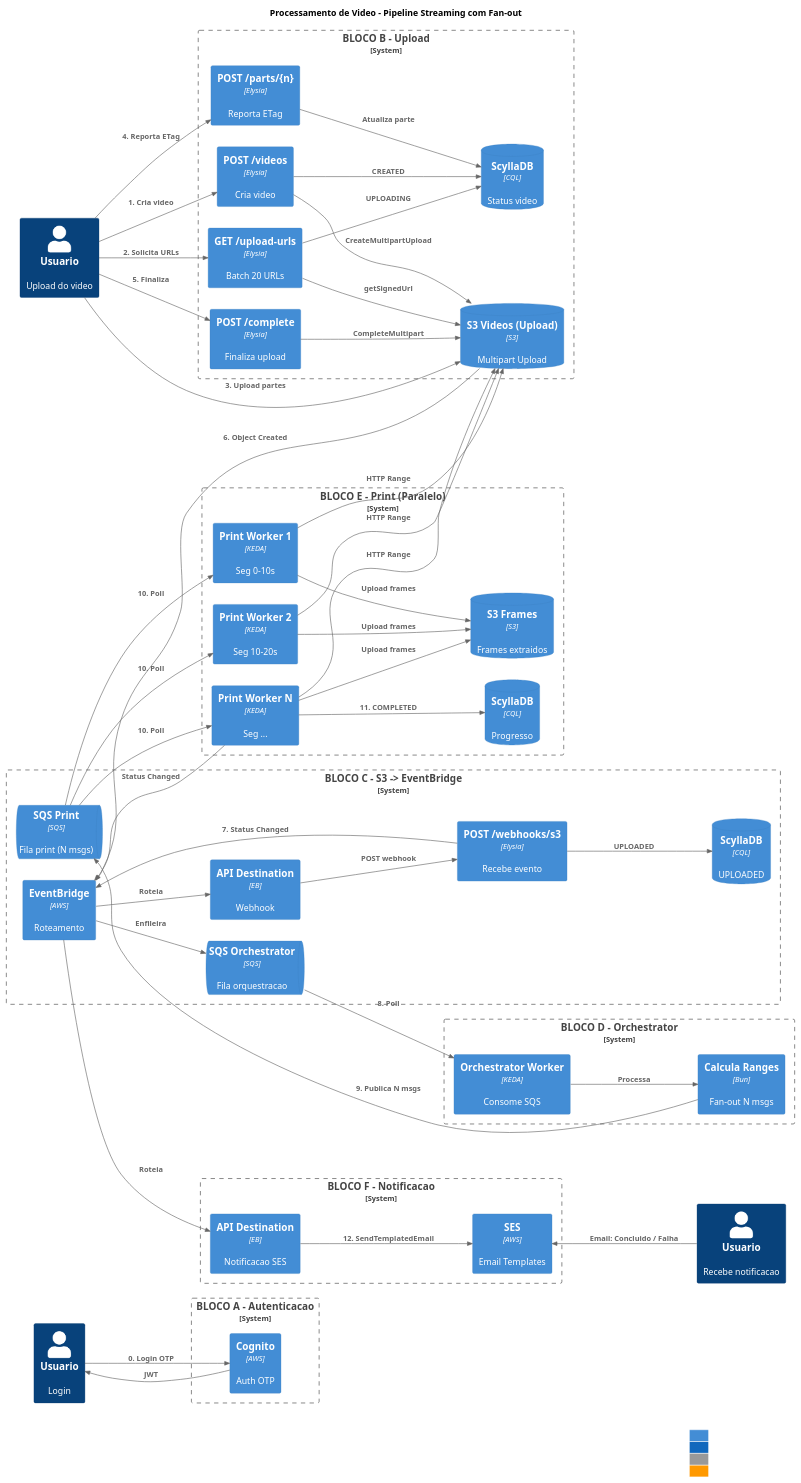
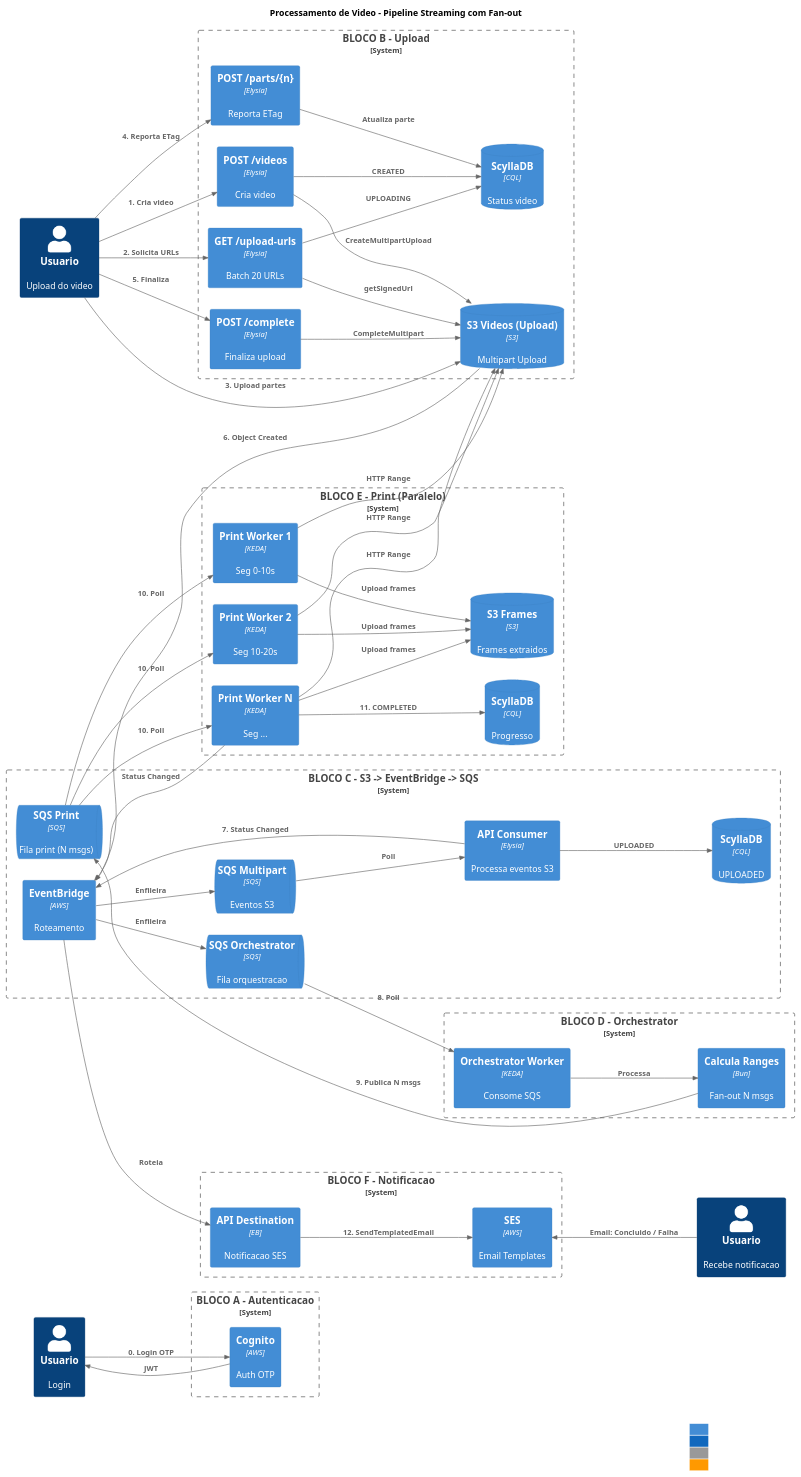
One commit to FreitasArao/fiap-image changed the diagram in docs/hld-architecture.puml. Above: the diagram before and after it, drawn with PlantUML. The commit also changed 33 other files, not shown here.

Commit message:
feat: Refactor Dockerfile and update documentation to integrate SQS for multipart upload completion, enhance video processing architecture, and improve local development setup with new consumer patterns

```diff
--- a/docs/hld-architecture.puml
+++ b/docs/hld-architecture.puml
@@ -1,110 +1,110 @@
 @startuml HLD-Architecture
 !include https://raw.githubusercontent.com/plantuml-stdlib/C4-PlantUML/master/C4_Container.puml
 !include https://raw.githubusercontent.com/plantuml-stdlib/C4-PlantUML/master/C4_Context.puml
 
 LAYOUT_LEFT_RIGHT()
 HIDE_STEREOTYPE()
 title Processamento de Video - Pipeline Streaming com Fan-out
 
 legend right
   |= Cor |= Tipo |
   | <#438DD5> | AWS Services |
   | <#1168BD> | API / Backend |
   | <#999999> | Kubernetes |
   | <#FF9900> | Banco de Dados |
 endlegend
 
 Person(userAuth, "Usuario", "Login")
 Person(userUpload, "Usuario", "Upload do video")
 Person(userNotify, "Usuario", "Recebe notificacao")
 
 System_Boundary(block_auth, "BLOCO A - Autenticacao") {
   Container(cognito_A, "Cognito", "AWS", "Auth OTP")
 }
 
 Rel(userAuth, cognito_A, "0. Login OTP")
 Rel(cognito_A, userAuth, "JWT")
 
 System_Boundary(block_upload, "BLOCO B - Upload") {
   Container(apiVideos_B, "POST /videos", "Elysia", "Cria video")
   Container(apiUrls_B, "GET /upload-urls", "Elysia", "Batch 20 URLs")
   Container(apiParts_B, "POST /parts/{n}", "Elysia", "Reporta ETag")
   Container(apiComplete_B, "POST /complete", "Elysia", "Finaliza upload")
 
   ContainerDb(s3Upload_B, "S3 Videos (Upload)", "S3", "Multipart Upload")
   ContainerDb(cassandraUpload_B, "ScyllaDB", "CQL", "Status video")
 }
 
 Rel(userUpload, apiVideos_B, "1. Cria video")
 Rel(apiVideos_B, s3Upload_B, "CreateMultipartUpload")
 Rel(apiVideos_B, cassandraUpload_B, "CREATED")
 
 Rel(userUpload, apiUrls_B, "2. Solicita URLs")
 Rel(apiUrls_B, s3Upload_B, "getSignedUrl")
 Rel(apiUrls_B, cassandraUpload_B, "UPLOADING")
 
 Rel(userUpload, s3Upload_B, "3. Upload partes")
 Rel(userUpload, apiParts_B, "4. Reporta ETag")
 Rel(apiParts_B, cassandraUpload_B, "Atualiza parte")
 
 Rel(userUpload, apiComplete_B, "5. Finaliza")
 Rel(apiComplete_B, s3Upload_B, "CompleteMultipart")
 
-System_Boundary(block_events, "BLOCO C - S3 -> EventBridge") {
+System_Boundary(block_events, "BLOCO C - S3 -> EventBridge -> SQS") {
   Container(eventbridge_C, "EventBridge", "AWS", "Roteamento")
-  Container(apiDestWebhook_C, "API Destination", "EB", "Webhook")
-  Container(apiWebhook_C, "POST /webhooks/s3", "Elysia", "Recebe evento")
+  ContainerQueue(sqsMultipart_C, "SQS Multipart", "SQS", "Eventos S3")
+  Container(apiConsumer_C, "API Consumer", "Elysia", "Processa eventos S3")
 
   ContainerQueue(sqsOrch_C, "SQS Orchestrator", "SQS", "Fila orquestracao")
   ContainerQueue(sqsPrint_C, "SQS Print", "SQS", "Fila print (N msgs)")
 
   ContainerDb(cassandraEvent_C, "ScyllaDB", "CQL", "UPLOADED")
 }
 
 Rel(s3Upload_B, eventbridge_C, "6. Object Created")
-Rel(eventbridge_C, apiDestWebhook_C, "Roteia")
-Rel(apiDestWebhook_C, apiWebhook_C, "POST webhook")
-Rel(apiWebhook_C, cassandraEvent_C, "UPLOADED")
-Rel(apiWebhook_C, eventbridge_C, "7. Status Changed")
+Rel(eventbridge_C, sqsMultipart_C, "Enfileira")
+Rel(sqsMultipart_C, apiConsumer_C, "Poll")
+Rel(apiConsumer_C, cassandraEvent_C, "UPLOADED")
+Rel(apiConsumer_C, eventbridge_C, "7. Status Changed")
 Rel(eventbridge_C, sqsOrch_C, "Enfileira")
 
 System_Boundary(block_orch, "BLOCO D - Orchestrator") {
   Container(kedaOrch_D, "Orchestrator Worker", "KEDA", "Consome SQS")
   Container(jobOrch_D, "Calcula Ranges", "Bun", "Fan-out N msgs")
 }
 
 Rel(sqsOrch_C, kedaOrch_D, "8. Poll")
 Rel(kedaOrch_D, jobOrch_D, "Processa")
 Rel(jobOrch_D, sqsPrint_C, "9. Publica N msgs")
 
 System_Boundary(block_print, "BLOCO E - Print (Paralelo)") {
   Container(kedaPrint_E1, "Print Worker 1", "KEDA", "Seg 0-10s")
   Container(kedaPrint_E2, "Print Worker 2", "KEDA", "Seg 10-20s")
   Container(kedaPrint_EN, "Print Worker N", "KEDA", "Seg ...")
 
   ContainerDb(s3Frames_E, "S3 Frames", "S3", "Frames extraidos")
   ContainerDb(cassandraDone_E, "ScyllaDB", "CQL", "Progresso")
 }
 
 Rel(sqsPrint_C, kedaPrint_E1, "10. Poll")
 Rel(sqsPrint_C, kedaPrint_E2, "10. Poll")
 Rel(sqsPrint_C, kedaPrint_EN, "10. Poll")
 Rel(kedaPrint_E1, s3Upload_B, "HTTP Range")
 Rel(kedaPrint_E2, s3Upload_B, "HTTP Range")
 Rel(kedaPrint_EN, s3Upload_B, "HTTP Range")
 Rel(kedaPrint_E1, s3Frames_E, "Upload frames")
 Rel(kedaPrint_E2, s3Frames_E, "Upload frames")
 Rel(kedaPrint_EN, s3Frames_E, "Upload frames")
 Rel(kedaPrint_EN, cassandraDone_E, "11. COMPLETED")
 Rel(kedaPrint_EN, eventbridge_C, "Status Changed")
 
 System_Boundary(block_notify, "BLOCO F - Notificacao") {
   Container(apiDestSES_F, "API Destination", "EB", "Notificacao SES")
   Container(ses_F, "SES", "AWS", "Email Templates")
 }
 
 Rel(eventbridge_C, apiDestSES_F, "Roteia")
 Rel(apiDestSES_F, ses_F, "12. SendTemplatedEmail")
 Rel_Back(ses_F, userNotify, "Email: Concluido / Falha")
 
 @enduml
```
